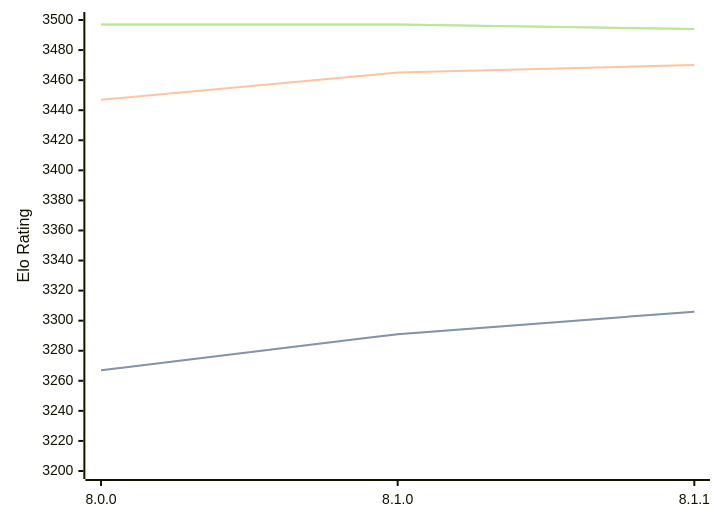
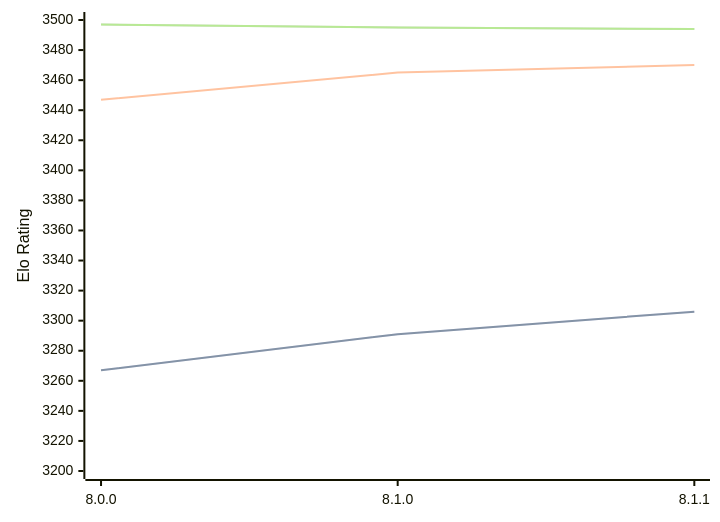
One commit to computer-chess-index/cci changed the diagram in engines/Velvet.md. Above: the diagram before and after it, drawn with Mermaid. The commit also changed other lines of this file, not shown here.

Commit message:
Update CCI Ratings (ELO VLTC) - 2026-04-08

````diff
--- a/engines/Velvet.md
+++ b/engines/Velvet.md
@@ -57,11 +57,11 @@
 ```mermaid
 %%{init: {"theme":"base","themeVariables":{"seriesColors:['#a3a3a3','#222221','#faa371']}}}%%
 xychart-beta
   x-axis ["8.0.0", "8.1.0", "8.1.1"]
   y-axis "Elo Rating" 3200 --> 3500
   line "STC (8.0+0.08s)" [3267, 3291, 3306]
   line "STC (8.0+0.08s)" [3267, 3291, 3306]
   line "LTC (60.0+0.60s)" [3447, 3465, 3470]
-  line "VLTC (2m24s+1.12s)" [3497, 3497, 3494]
-  line "VLTC (2m24s+1.12s)" [3497, 3497, 3494]
+  line "VLTC (2m24s+1.12s)" [3497, 3495, 3494]
+  line "VLTC (2m24s+1.12s)" [3497, 3495, 3494]
 ```
````
